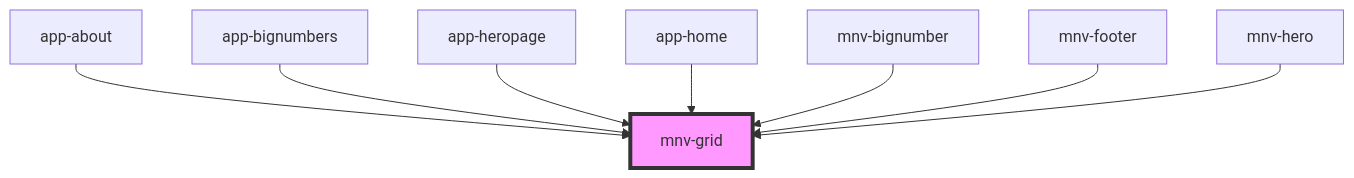
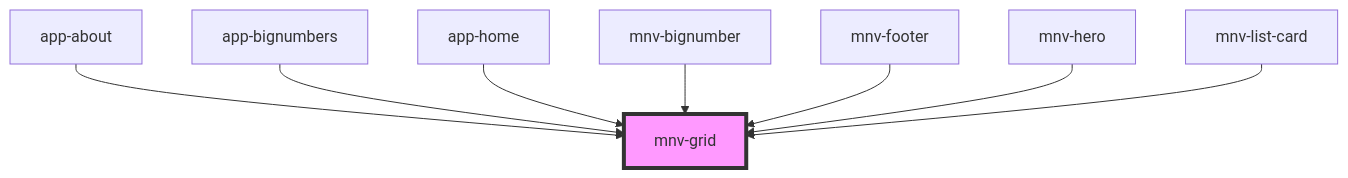
One commit to rafaela-vairo/ufrj-sustainable changed the diagram in src/components/layout/mnv-grid/readme.md. Above: the diagram before and after it, drawn with Mermaid. The commit also changed other lines of this file and 26 other files, not shown here.

````diff
--- a/src/components/layout/mnv-grid/readme.md
+++ b/src/components/layout/mnv-grid/readme.md
@@ -35,11 +35,11 @@
 ```mermaid
 graph TD;
   app-about --> mnv-grid
   app-bignumbers --> mnv-grid
-  app-heropage --> mnv-grid
   app-home --> mnv-grid
   mnv-bignumber --> mnv-grid
   mnv-footer --> mnv-grid
   mnv-hero --> mnv-grid
+  mnv-list-card --> mnv-grid
   style mnv-grid fill:#f9f,stroke:#333,stroke-width:4px
 ```
````
